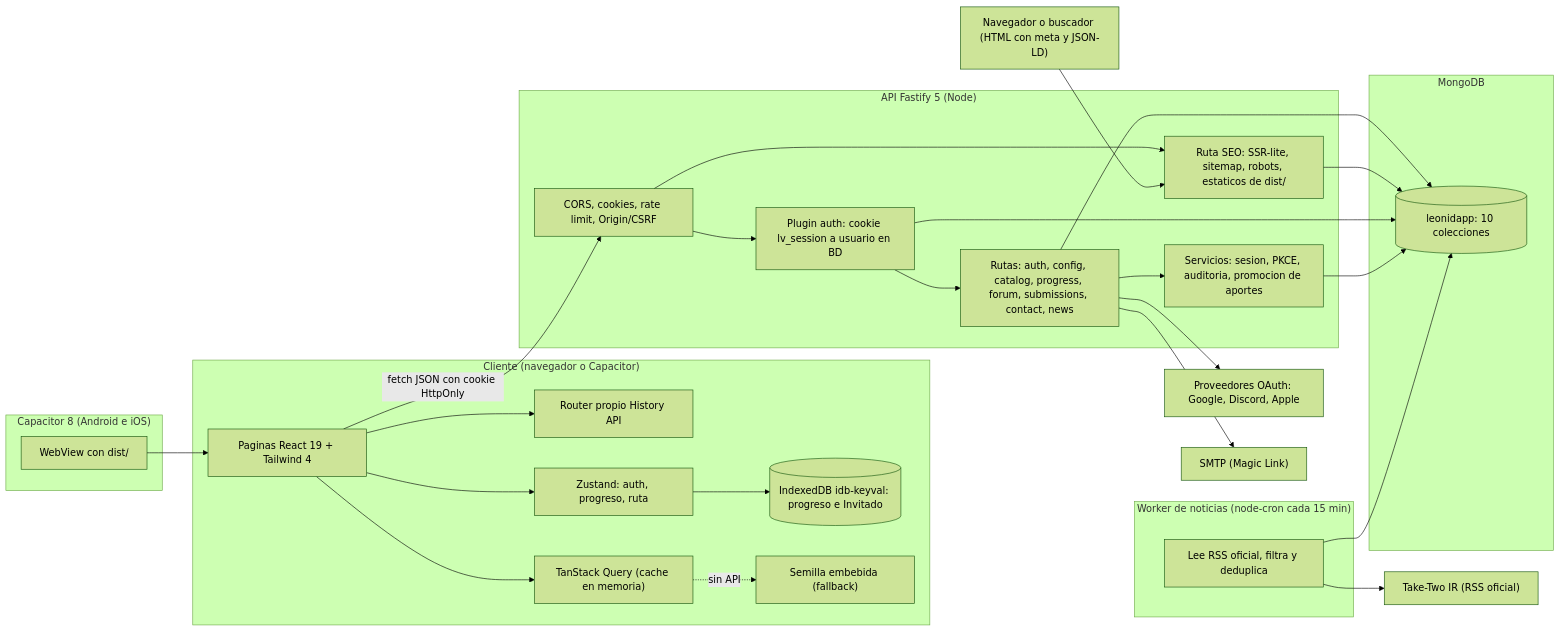
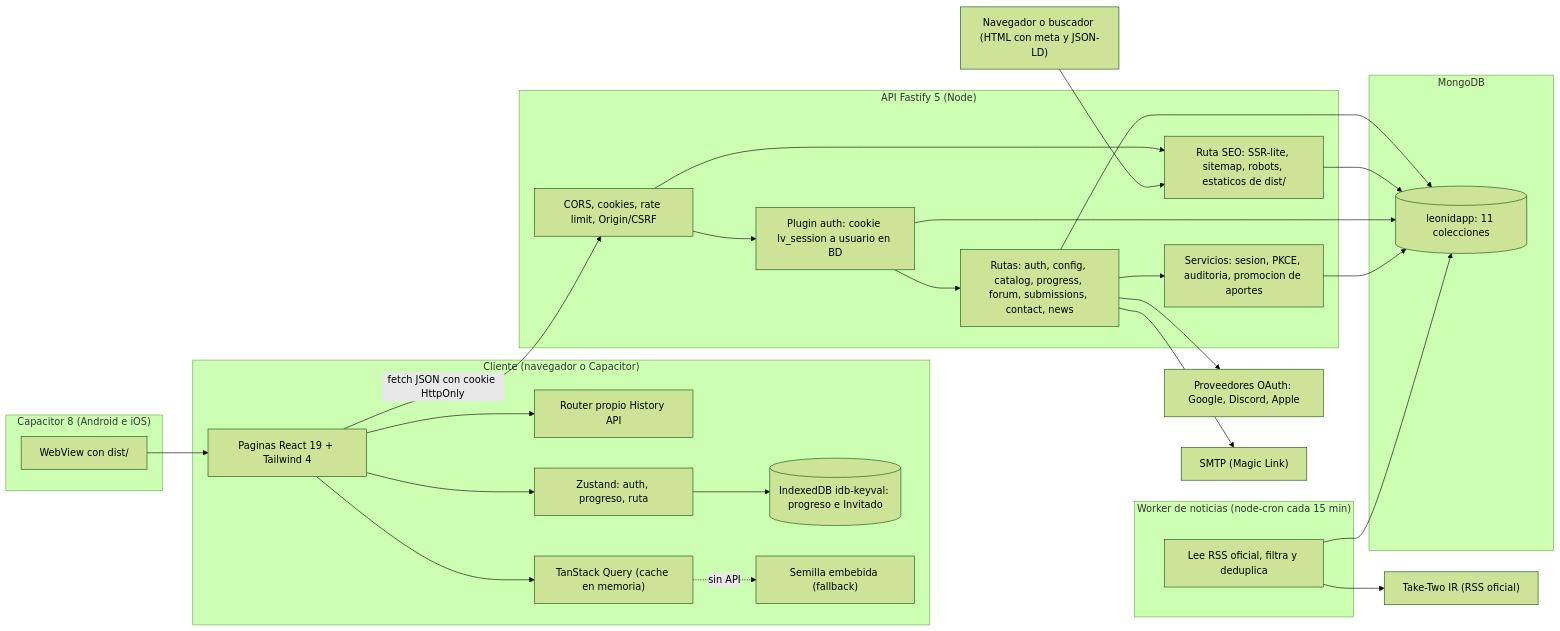
One commit to Juanesnkrs/Atlas-Vice changed the first of 19 diagrams in docs/LeonidApp-Documentacion-Completa.md. Above: the diagram before and after it, drawn with Mermaid (forest theme). The commit also changed other lines of this file and 4 other files, not shown here.

````diff
--- a/docs/LeonidApp-Documentacion-Completa.md
+++ b/docs/LeonidApp-Documentacion-Completa.md
@@ -335,55 +337,55 @@
 ```mermaid
 flowchart LR
   subgraph Cliente["Cliente (navegador o Capacitor)"]
     UI["Paginas React 19 + Tailwind 4"]
     RT["Router propio History API"]
     ZS["Zustand: auth, progreso, ruta"]
     TQ["TanStack Query (cache en memoria)"]
     IDB[("IndexedDB idb-keyval: progreso e Invitado")]
     SEED["Semilla embebida (fallback)"]
     UI --> RT
     UI --> ZS
     UI --> TQ
     ZS --> IDB
     TQ -.sin API.-> SEED
   end
 
   subgraph Nativo["Capacitor 8 (Android e iOS)"]
     CAP["WebView con dist/"]
   end
 
   subgraph Servidor["API Fastify 5 (Node)"]
     MW["CORS, cookies, rate limit, Origin/CSRF"]
     AUTH["Plugin auth: cookie lv_session a usuario en BD"]
     RUTAS["Rutas: auth, config, catalog, progress, forum, submissions, contact, news"]
     SSR["Ruta SEO: SSR-lite, sitemap, robots, estaticos de dist/"]
     SVC["Servicios: sesion, PKCE, auditoria, promocion de aportes"]
     MW --> AUTH --> RUTAS --> SVC
     MW --> SSR
   end
 
   subgraph Datos["MongoDB"]
-    DB[("leonidapp: 10 colecciones")]
+    DB[("leonidapp: 11 colecciones")]
   end
 
   subgraph Worker["Worker de noticias (node-cron cada 15 min)"]
     W["Lee RSS oficial, filtra y deduplica"]
   end
 
   EXT1["Proveedores OAuth: Google, Discord, Apple"]
   EXT2["SMTP (Magic Link)"]
   EXT3["Take-Two IR (RSS oficial)"]
   CRAWL["Navegador o buscador (HTML con meta y JSON-LD)"]
 
   UI -- "fetch JSON con cookie HttpOnly" --> MW
   CAP --> UI
   RUTAS --> DB
   SSR --> DB
   AUTH --> DB
   SVC --> DB
   W --> DB
   W --> EXT3
   RUTAS --> EXT1
   RUTAS --> EXT2
   CRAWL --> SSR
 ```
````
